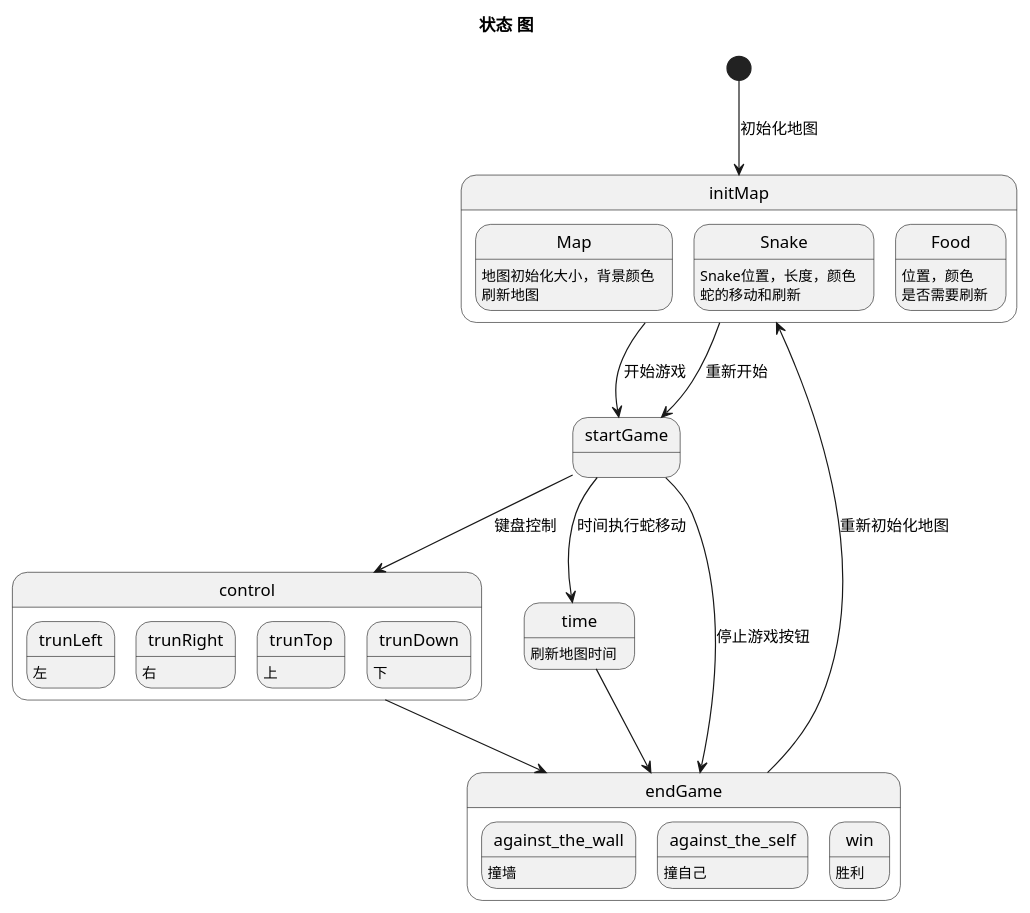
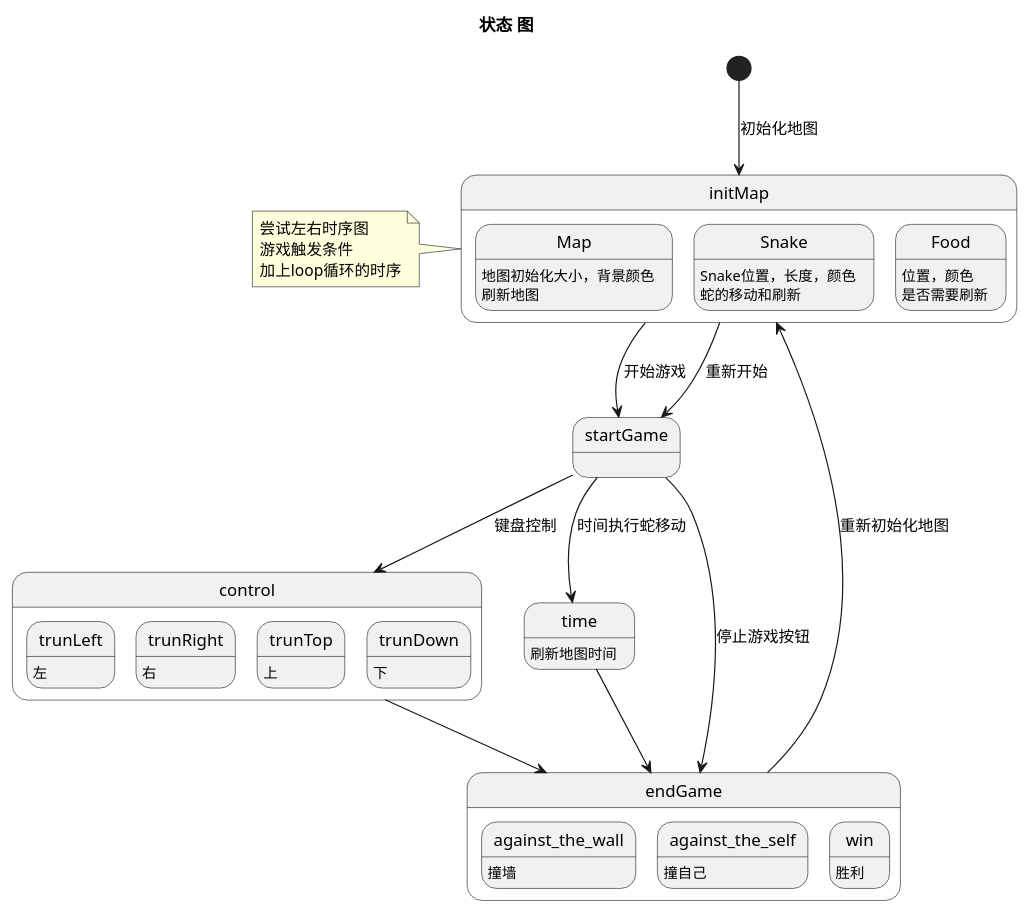
Before and after one commit to LCJ-MinYa/Snake: the diagram in UML/snake_state_diagram.wsd, drawn with PlantUML. The commit also changed 2 other files, not shown here.

```diff
--- a/UML/snake_state_diagram.wsd
+++ b/UML/snake_state_diagram.wsd
@@ -1,49 +1,55 @@
 @startuml
 
 title 状态 图
 skinparam defaultFontName 宋体
 
 [*] --> initMap : 初始化地图
+
+note left
+    尝试左右时序图
+    游戏触发条件
+    加上loop循环的时序
+end note
 
 state initMap{
     Map : 地图初始化大小，背景颜色
     Snake : Snake位置，长度，颜色
     Food : 位置，颜色
 }
 
 initMap --> startGame : 开始游戏
 initMap --> startGame : 重新开始
 
 state startGame{
     Map : 刷新地图
     Snake : 蛇的移动和刷新
     Food : 是否需要刷新
 }
 
 startGame --> control : 键盘控制
 startGame --> time : 时间执行蛇移动
 startGame --> endGame : 停止游戏按钮
 
 state control{
     trunLeft : 左
     trunRight : 右
     trunTop : 上
     trunDown : 下
 }
 
 state time{
     time : 刷新地图时间
 }
 
 control --> endGame
 time --> endGame
 
 state endGame{
     against_the_wall : 撞墙
     against_the_self : 撞自己
     win : 胜利
 }
 
 endGame --> initMap : 重新初始化地图
 
 @enduml
```
